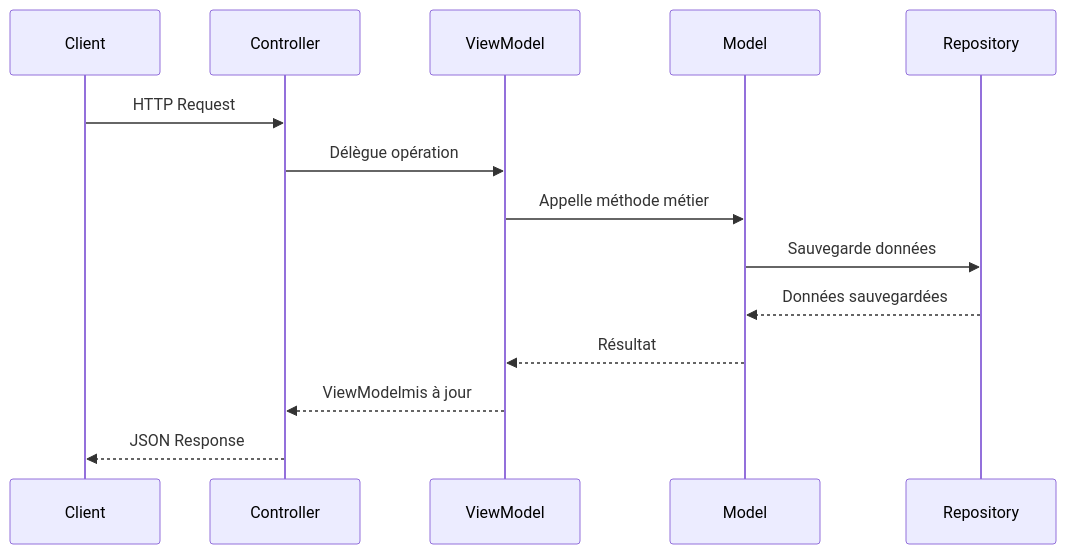
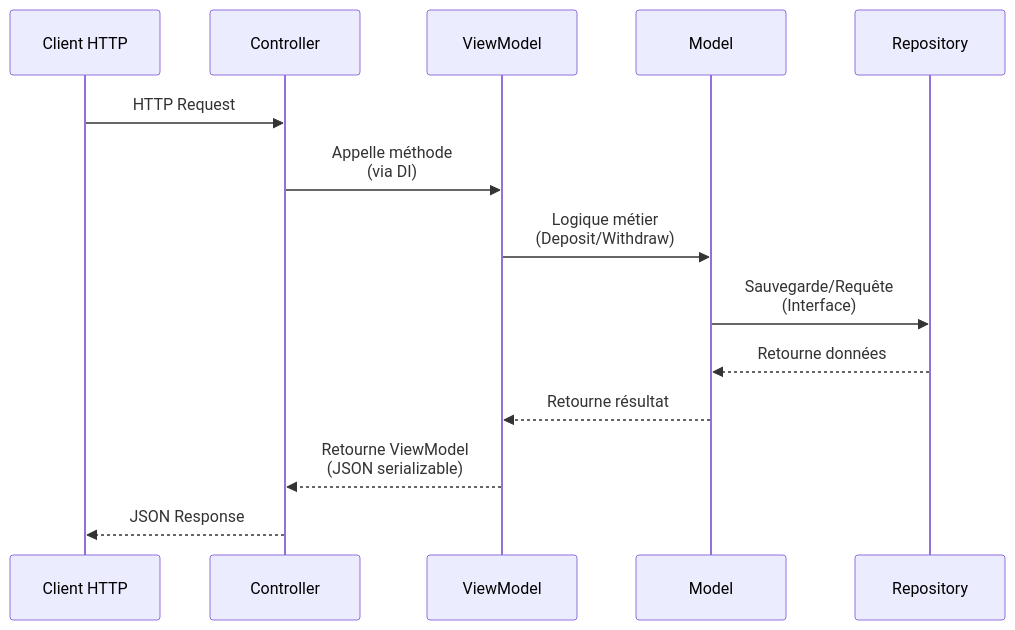
The second of 2 diagrams in README.md (EL-R1/BankingKata-MVVM), drawn with Mermaid before and after one commit. The commit also changed other lines of this file, not shown here.

Commit message:
Fix Mermaid diagrams for MVVM architecture

````diff
--- a/README.md
+++ b/README.md
@@ -118,17 +119,17 @@
 ```mermaid
 sequenceDiagram
-    participant Client
-    participant Controller
-    participant ViewModel
-    participant Model
-    participant Repository
+    participant Client as Client HTTP
+    participant Controller as Controller
+    participant ViewModel as ViewModel
+    participant Model as Model
+    participant Repository as Repository
 
     Client->>Controller: HTTP Request
-    Controller->>ViewModel: Délègue opération
-    ViewModel->>Model: Appelle méthode métier
-    Model->>Repository: Sauvegarde données
-    Repository-->>Model: Données sauvegardées
-    Model-->>ViewModel: Résultat
-    ViewModel-->>Controller: ViewModelmis à jour
+    Controller->>ViewModel: Appelle méthode<br/>(via DI)
+    ViewModel->>Model: Logique métier<br/>(Deposit/Withdraw)
+    Model->>Repository: Sauvegarde/Requête<br/>(Interface)
+    Repository-->>Model: Retourne données
+    Model-->>ViewModel: Retourne résultat
+    ViewModel-->>Controller: Retourne ViewModel<br/>(JSON serializable)
     Controller-->>Client: JSON Response
 ```
````
